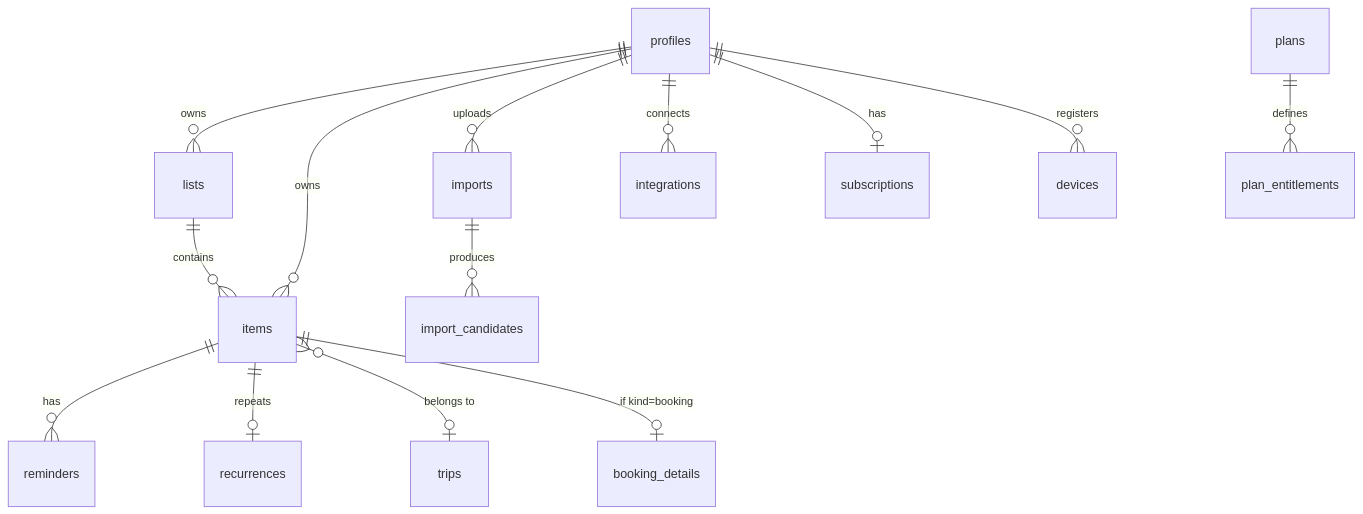
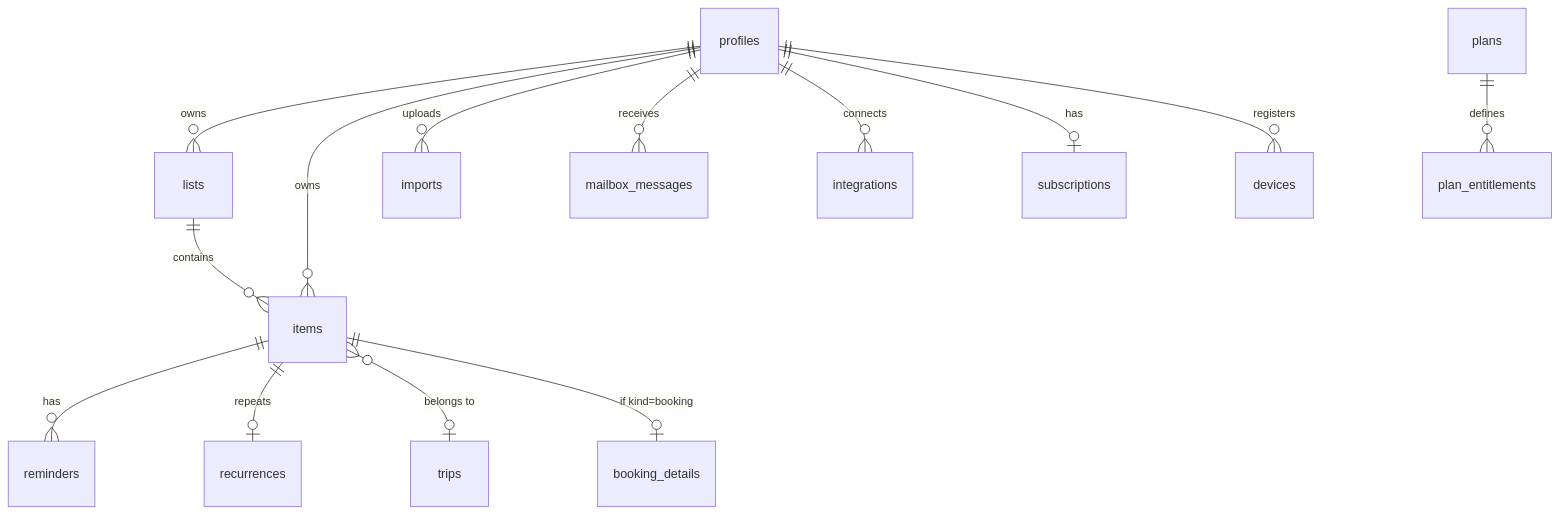
Before and after one commit to ducpham2806/RemindMe: the diagram in docs/architecture/data-model.md, drawn with Mermaid. The commit also changed other lines of this file and 20 other files, not shown here.

````diff
--- a/docs/architecture/data-model.md
+++ b/docs/architecture/data-model.md
@@ -9,16 +9,16 @@
 ```mermaid
 erDiagram
   profiles ||--o{ lists : owns
   profiles ||--o{ items : owns
   lists ||--o{ items : contains
   items ||--o{ reminders : has
   items ||--o| recurrences : repeats
   items }o--o| trips : "belongs to"
   items ||--o| booking_details : "if kind=booking"
   profiles ||--o{ imports : uploads
-  imports ||--o{ import_candidates : produces
+  profiles ||--o{ mailbox_messages : receives
   profiles ||--o{ integrations : connects
   profiles ||--o| subscriptions : has
   plans ||--o{ plan_entitlements : defines
   profiles ||--o{ devices : registers
 ```
````
